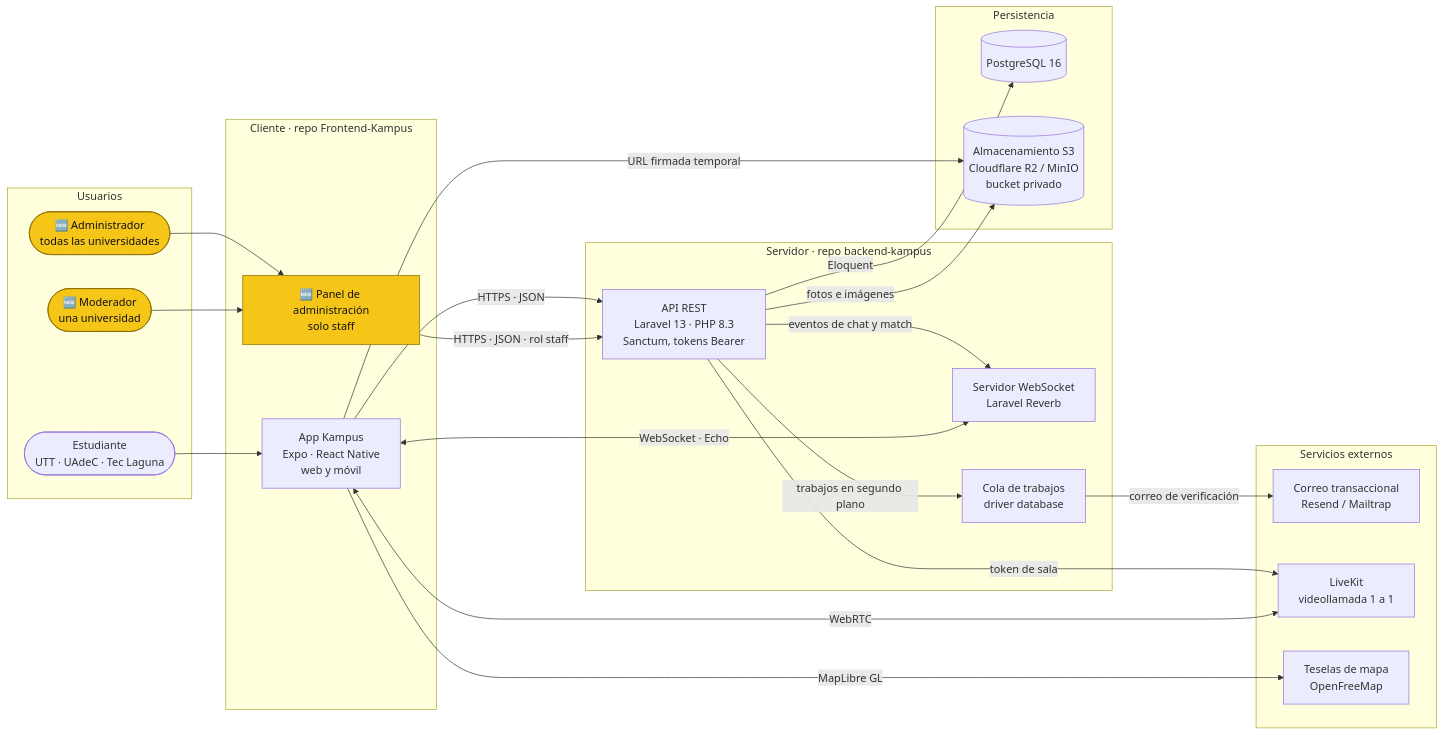
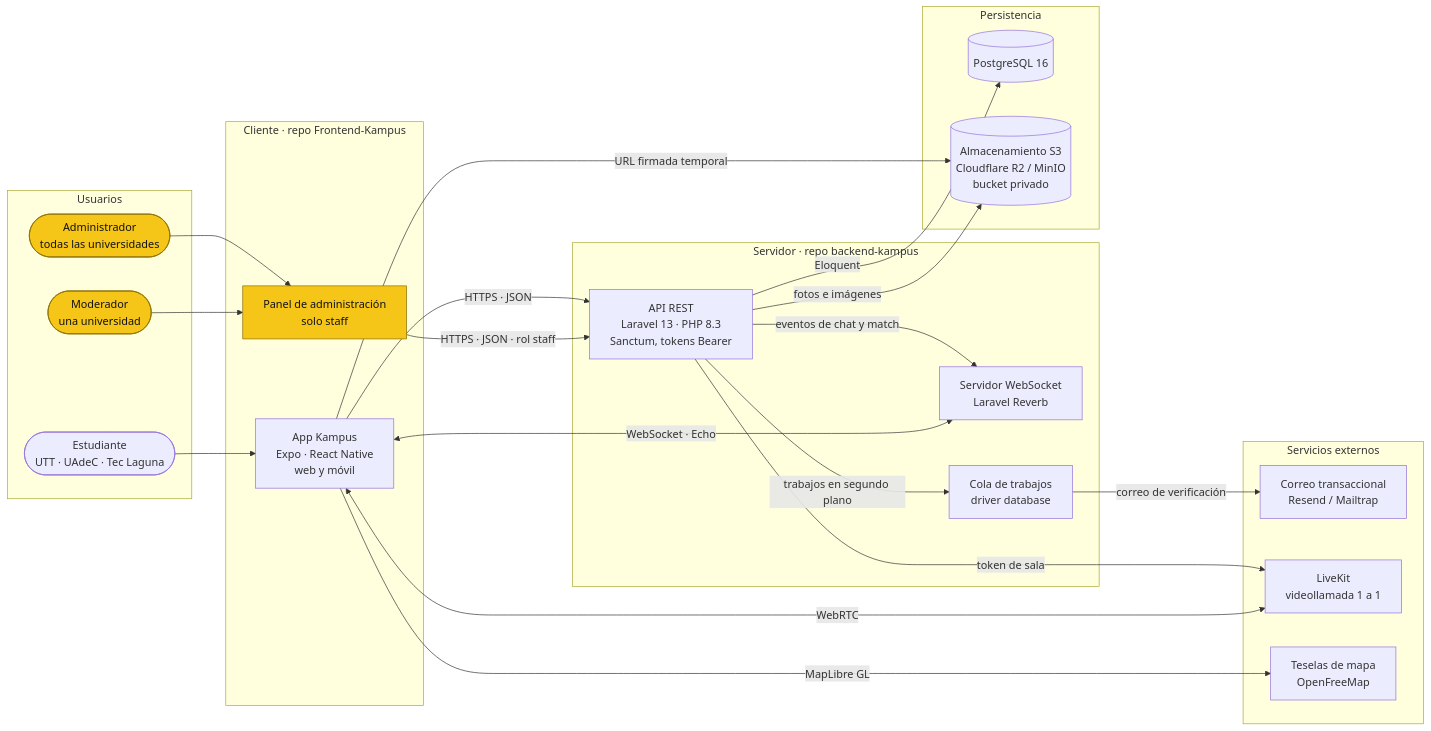
Before and after one commit to WilbertDevMx/backend-kampus: the first of 3 diagrams in docs/diagramas/arquitectura.md, drawn with Mermaid. The commit also changed other lines of this file and 1 other file, not shown here.

````diff
--- a/docs/diagramas/arquitectura.md
+++ b/docs/diagramas/arquitectura.md
@@ -9,49 +9,49 @@
 ```mermaid
 flowchart LR
     subgraph Usuarios
         EST(["Estudiante<br/>UTT · UAdeC · Tec Laguna"])
-        MODR(["🆕 Moderador<br/>una universidad"])
-        ADM(["🆕 Administrador<br/>todas las universidades"])
+        MODR(["Moderador<br/>una universidad"])
+        ADM(["Administrador<br/>todas las universidades"])
     end
 
     subgraph Cliente["Cliente · repo Frontend-Kampus"]
         APP["App Kampus<br/>Expo · React Native<br/>web y móvil"]
-        PANEL["🆕 Panel de administración<br/>solo staff"]
+        PANEL["Panel de administración<br/>solo staff"]
     end
 
     subgraph Servidor["Servidor · repo backend-kampus"]
         API["API REST<br/>Laravel 13 · PHP 8.3<br/>Sanctum, tokens Bearer"]
         WS["Servidor WebSocket<br/>Laravel Reverb"]
         COLA["Cola de trabajos<br/>driver database"]
     end
 
     subgraph Datos["Persistencia"]
         DB[("PostgreSQL 16")]
         S3[("Almacenamiento S3<br/>Cloudflare R2 / MinIO<br/>bucket privado")]
     end
 
     subgraph Externos["Servicios externos"]
         MAIL["Correo transaccional<br/>Resend / Mailtrap"]
         LK["LiveKit<br/>videollamada 1 a 1"]
         TILES["Teselas de mapa<br/>OpenFreeMap"]
     end
 
     EST --> APP
     MODR --> PANEL
     ADM --> PANEL
     PANEL -->|"HTTPS · JSON · rol staff"| API
     APP -->|"HTTPS · JSON"| API
     APP <-->|"WebSocket · Echo"| WS
     APP -->|"URL firmada temporal"| S3
     APP <-->|"WebRTC"| LK
     APP -->|"MapLibre GL"| TILES
     API -->|"Eloquent"| DB
     API -->|"fotos e imágenes"| S3
     API -->|"token de sala"| LK
     API -->|"eventos de chat y match"| WS
     API -->|"trabajos en segundo plano"| COLA
     COLA -->|"correo de verificación"| MAIL
 
     classDef nuevo fill:#F5C518,stroke:#8A6D00,color:#121215
     class MODR,ADM,PANEL nuevo
 ```
````
